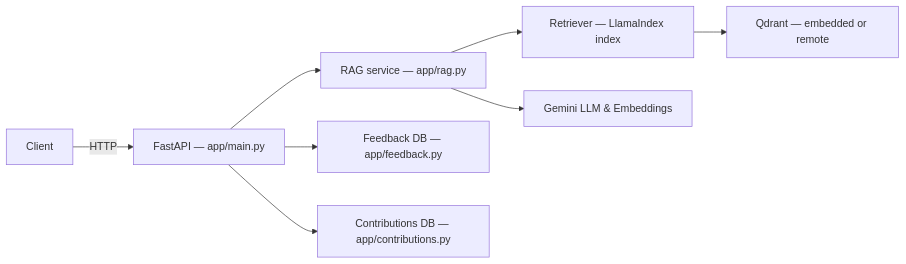
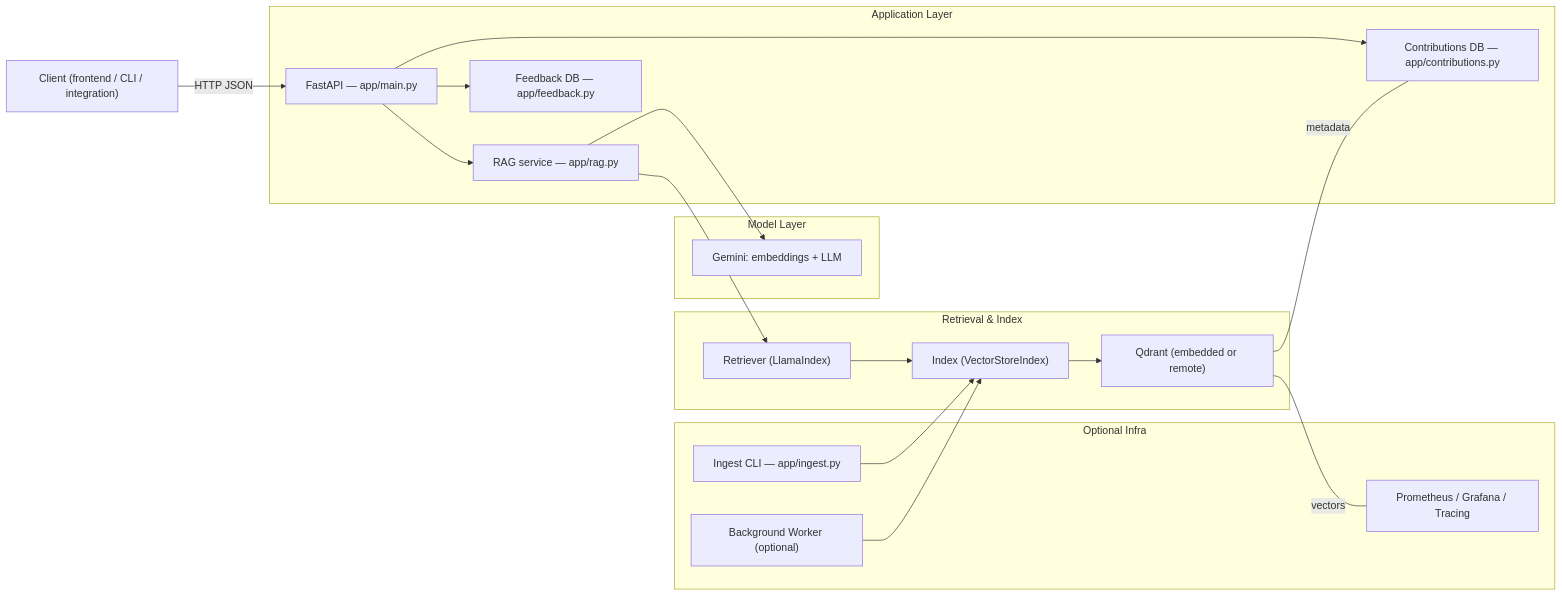
The first of 5 diagrams in docs/README.md (cultini/cultini_AI), drawn with Mermaid before and after one commit. The commit also changed other lines of this file, not shown here.

Commit message:
Enhance architecture section in README.md with detailed component responsibilities, data flows, and operational considerations for improved developer guidance.

````diff
--- a/docs/README.md
+++ b/docs/README.md
@@ -192,10 +247,24 @@
 ```mermaid
-graph LR
-  A["Client"] -->|HTTP| B["FastAPI — app/main.py"]
-  B --> C["RAG service — app/rag.py"]
-  C --> D["Retriever — LlamaIndex index"]
-  D --> E["Qdrant — embedded or remote"]
-  C --> F["Gemini LLM & Embeddings"]
-  B --> G["Feedback DB — app/feedback.py"]
-  B --> H["Contributions DB — app/contributions.py"]
+flowchart LR
+  Client["Client (frontend / CLI / integration)"] -->|HTTP JSON| API["FastAPI — app/main.py"]
+  subgraph AppLayer[Application Layer]
+    API --> RAG["RAG service — app/rag.py"]
+    API --> FeedbackDB["Feedback DB — app/feedback.py"]
+    API --> ContribDB["Contributions DB — app/contributions.py"]
+  end
+  subgraph RetrievalLayer[Retrieval & Index]
+    RAG --> Retriever["Retriever (LlamaIndex)"]
+    Retriever --> Index["Index (VectorStoreIndex)"]
+    Index --> Qdrant["Qdrant (embedded or remote)"]
+  end
+  subgraph ModelLayer[Model Layer]
+    RAG --> Gemini["Gemini: embeddings + LLM"]
+  end
+  subgraph Infra[Optional Infra]
+    IngestCLI["Ingest CLI — app/ingest.py"] --> Index
+    Worker["Background Worker (optional)"] --> Index
+    Observability["Prometheus / Grafana / Tracing"]
+  end
+  Qdrant ---|metadata| ContribDB
+  Qdrant ---|vectors| Observability
 ```
````
